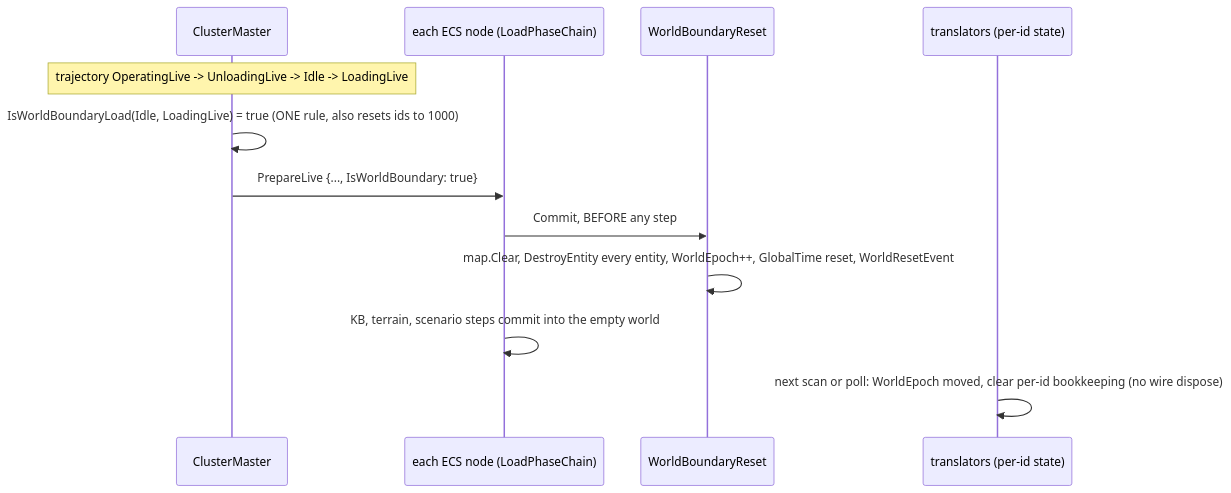
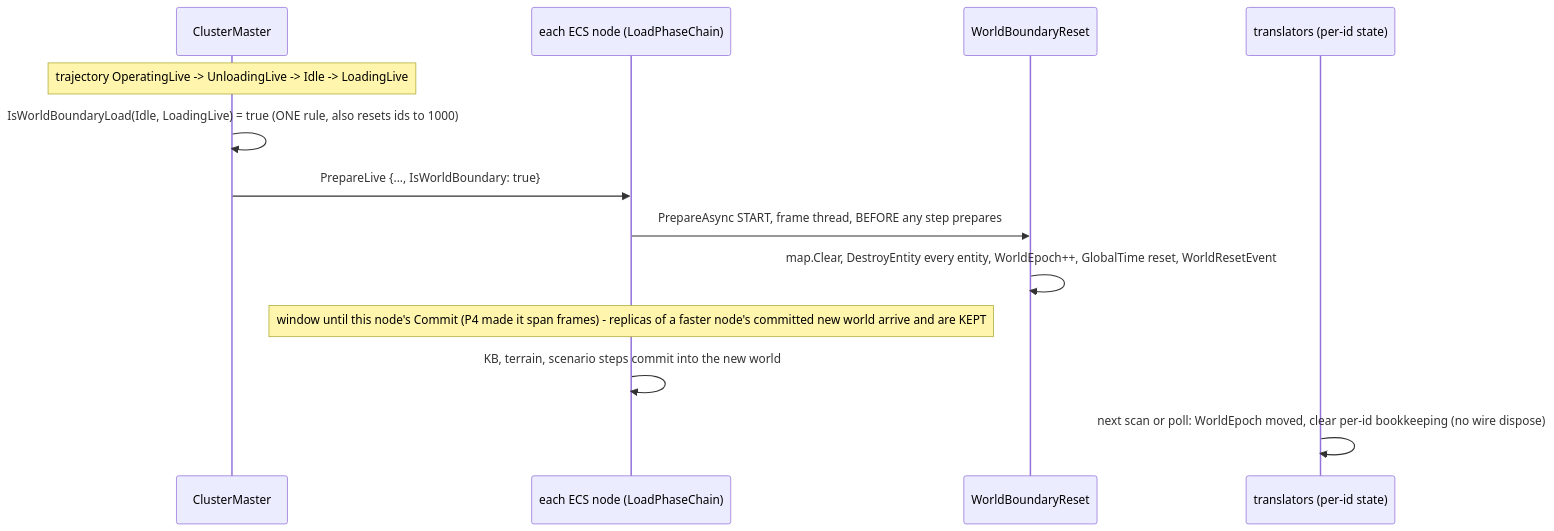
One commit to pjanec/HROT changed the seventh of 11 diagrams in docs/DESIGN_Cluster_Load_Phase.md. Above: the diagram before and after it, drawn with Mermaid. The commit also changed other lines of this file and 3 other files, not shown here.

First line of the commit message:
fix(load): the world-boundary clear runs when the load starts, not at Commit (P4 regression)

````diff
--- a/docs/DESIGN_Cluster_Load_Phase.md
+++ b/docs/DESIGN_Cluster_Load_Phase.md
@@ -793,14 +793,15 @@
 ```mermaid
 sequenceDiagram
   participant M as ClusterMaster
   participant N as each ECS node (LoadPhaseChain)
   participant W as WorldBoundaryReset
   participant T as translators (per-id state)
   Note over M: trajectory OperatingLive -> UnloadingLive -> Idle -> LoadingLive
   M->>M: IsWorldBoundaryLoad(Idle, LoadingLive) = true (ONE rule, also resets ids to 1000)
   M->>N: PrepareLive {..., IsWorldBoundary: true}
-  N->>W: Commit, BEFORE any step
+  N->>W: PrepareAsync START, frame thread, BEFORE any step prepares
   W->>W: map.Clear, DestroyEntity every entity, WorldEpoch++, GlobalTime reset, WorldResetEvent
-  N->>N: KB, terrain, scenario steps commit into the empty world
+  Note over N: window until this node's Commit (P4 made it span frames) - replicas of a faster node's committed new world arrive and are KEPT
+  N->>N: KB, terrain, scenario steps commit into the new world
   T->>T: next scan or poll: WorldEpoch moved, clear per-id bookkeeping (no wire dispose)
 ```
````
